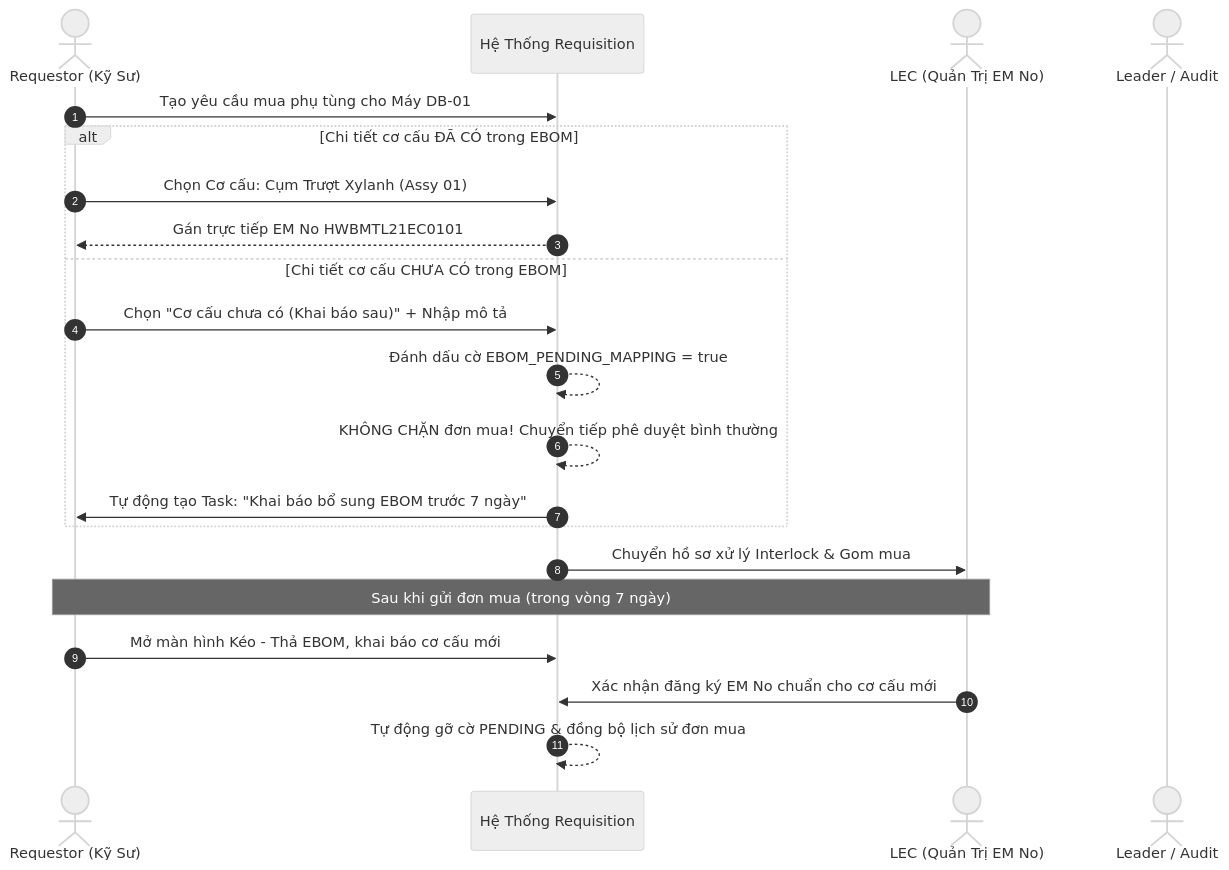
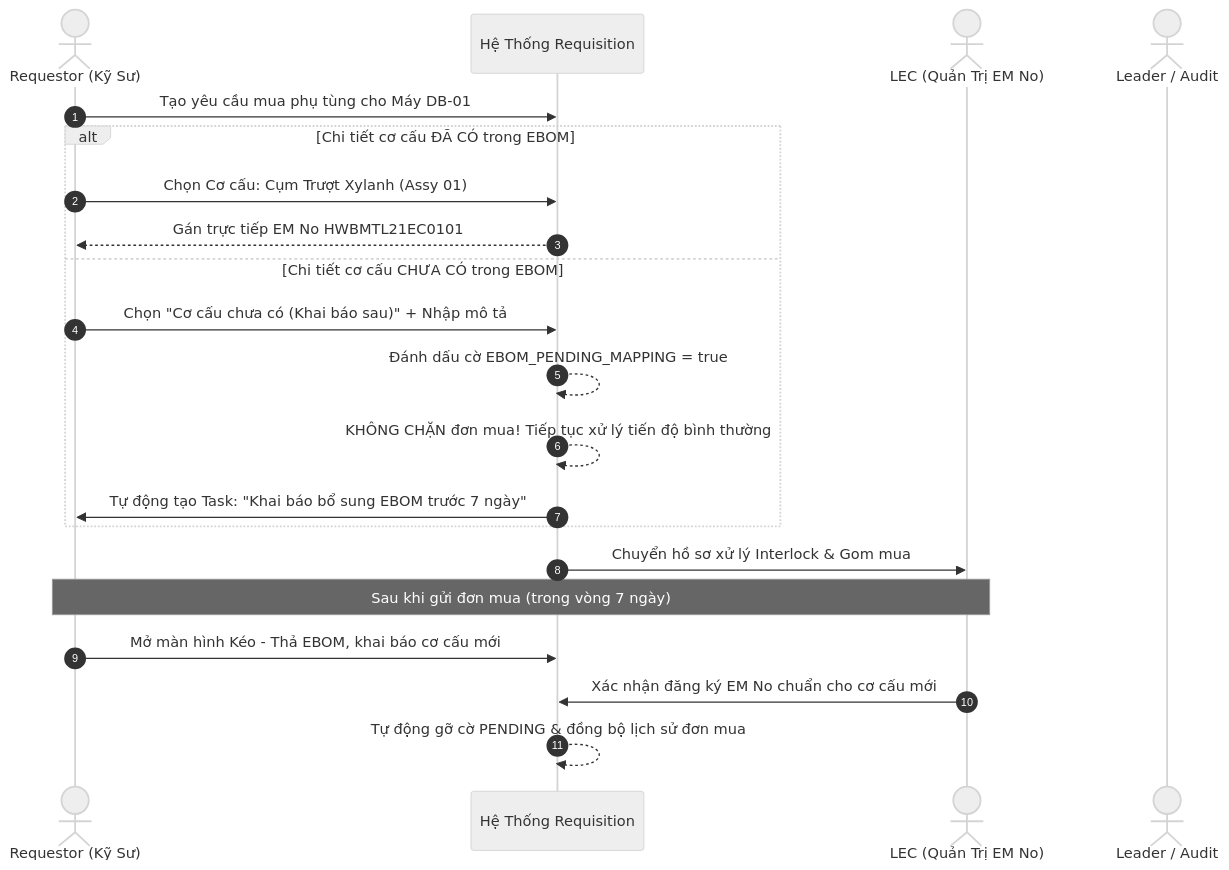
Before and after one commit to longphamduc-vn/ops-workflow: the second of 2 diagrams in procurement-system/01-master-data-and-ebom/02-ebom-structure-and-equipment-tree.md, drawn with Mermaid (neutral theme). The commit also changed other lines of this file and 37 other files, not shown here.

````diff
--- a/procurement-system/01-master-data-and-ebom/02-ebom-structure-and-equipment-tree.md
+++ b/procurement-system/01-master-data-and-ebom/02-ebom-structure-and-equipment-tree.md
@@ -84,24 +84,24 @@
 ```mermaid
 sequenceDiagram
     autonumber
     actor REQ as Requestor (Kỹ Sư)
     participant SYS as Hệ Thống Requisition
     actor LEC as LEC (Quản Trị EM No)
     actor MGR as Leader / Audit
 
     REQ->>SYS: Tạo yêu cầu mua phụ tùng cho Máy DB-01
     alt Chi tiết cơ cấu ĐÃ CÓ trong EBOM
         REQ->>SYS: Chọn Cơ cấu: Cụm Trượt Xylanh (Assy 01)
         SYS-->>REQ: Gán trực tiếp EM No HWBMTL21EC0101
     else Chi tiết cơ cấu CHƯA CÓ trong EBOM
         REQ->>SYS: Chọn "Cơ cấu chưa có (Khai báo sau)" + Nhập mô tả
         SYS-->>SYS: Đánh dấu cờ EBOM_PENDING_MAPPING = true
-        SYS-->>SYS: KHÔNG CHẶN đơn mua! Chuyển tiếp phê duyệt bình thường
+        SYS-->>SYS: KHÔNG CHẶN đơn mua! Tiếp tục xử lý tiến độ bình thường
         SYS->>REQ: Tự động tạo Task: "Khai báo bổ sung EBOM trước 7 ngày"
     end
     SYS->>LEC: Chuyển hồ sơ xử lý Interlock & Gom mua
     Note over REQ,LEC: Sau khi gửi đơn mua (trong vòng 7 ngày)
     REQ->>SYS: Mở màn hình Kéo - Thả EBOM, khai báo cơ cấu mới
     LEC->>SYS: Xác nhận đăng ký EM No chuẩn cho cơ cấu mới
     SYS-->>SYS: Tự động gỡ cờ PENDING & đồng bộ lịch sử đơn mua
 ```
````
